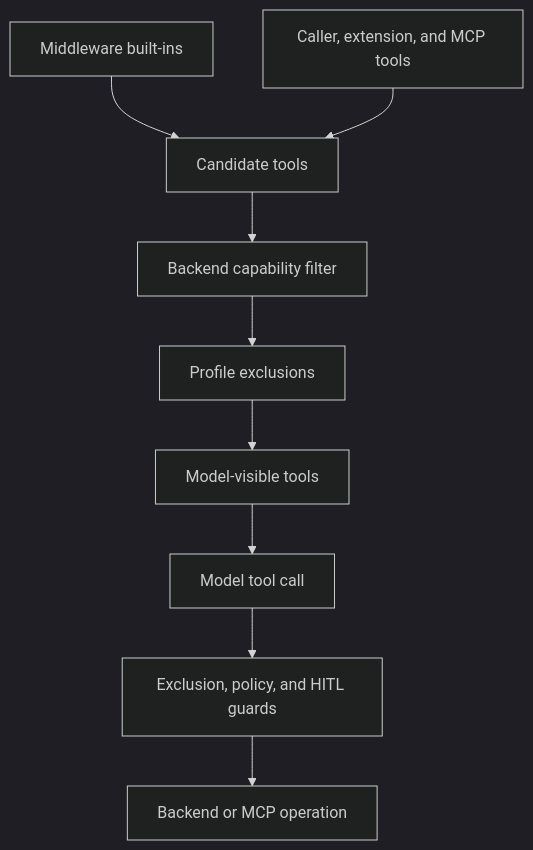
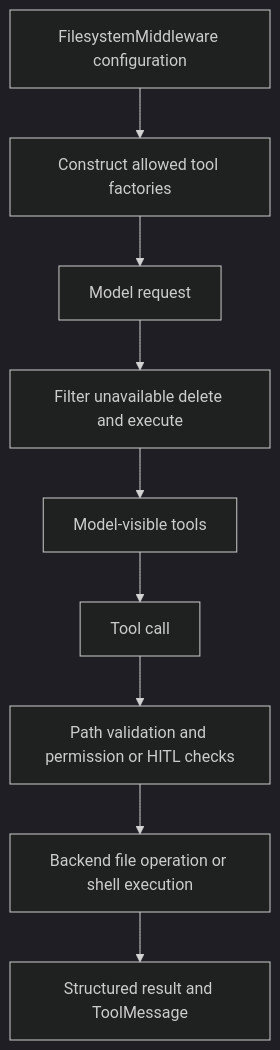
Before and after one commit to langchain-ai/deepagents: the first of 2 diagrams in openwiki/concepts/tools-filesystem.md, drawn with Mermaid (dark theme). The commit also changed other lines of this file and 43 other files, not shown here.

````diff
--- a/openwiki/concepts/tools-filesystem.md
+++ b/openwiki/concepts/tools-filesystem.md
@@ -23,11 +39,11 @@
 ```mermaid
 flowchart TD
-  Builtins["Middleware built-ins"] --> Candidate["Candidate tools"]
-  Caller["Caller, extension, and MCP tools"] --> Candidate
-  Candidate --> Capability["Backend capability filter"]
-  Capability --> Exclusion["Profile exclusions"]
-  Exclusion --> Visible["Model-visible tools"]
-  Visible --> Call["Model tool call"]
-  Call --> Guards["Exclusion, policy, and HITL guards"]
-  Guards --> Backend["Backend or MCP operation"]
+    Config["FilesystemMiddleware configuration"] --> Factories["Construct allowed tool factories"]
+    Factories --> Request["Model request"]
+    Request --> Capability["Filter unavailable delete and execute"]
+    Capability --> Model["Model-visible tools"]
+    Model --> Call["Tool call"]
+    Call --> Policy["Path validation and permission or HITL checks"]
+    Policy --> Backend["Backend file operation or shell execution"]
+    Backend --> Result["Structured result and ToolMessage"]
 ```
````
